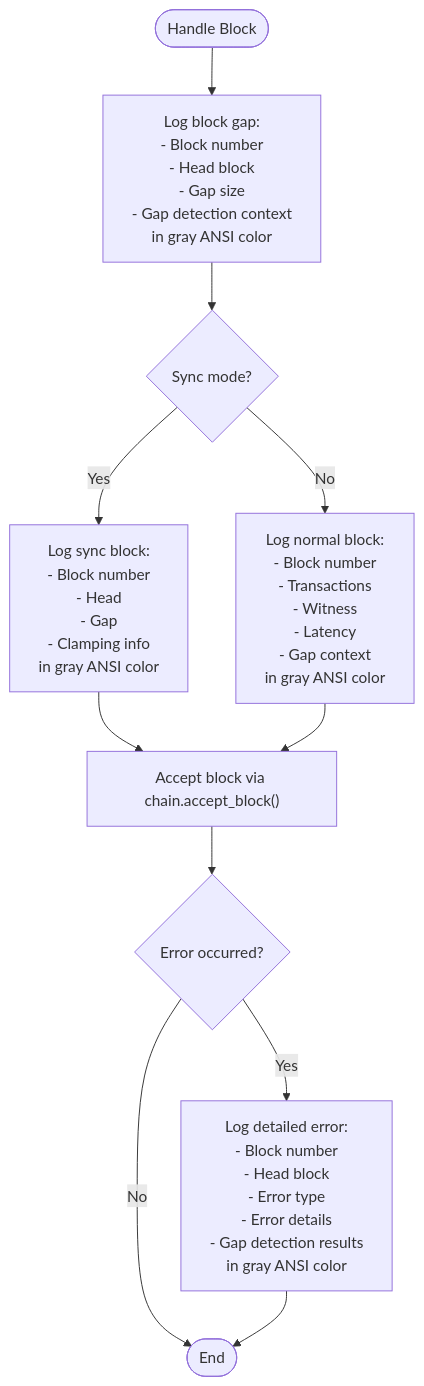
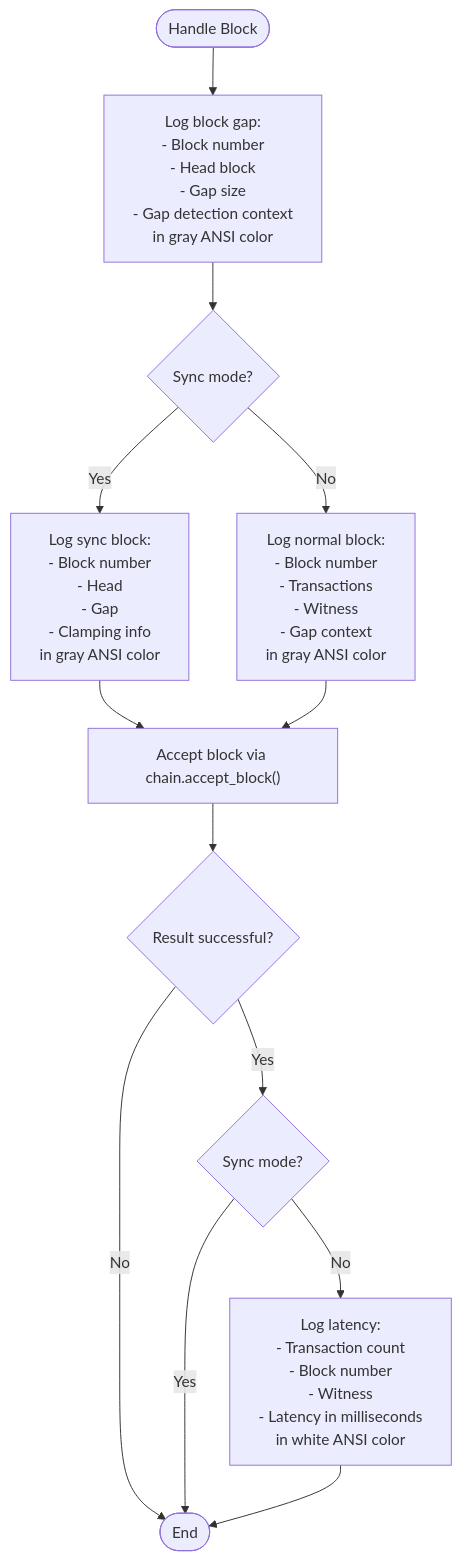
Before and after one commit to VIZ-Blockchain/viz-cpp-node: diagram 22 of 37 in .qoder/repowiki/en/content/P2p Plugin.md, drawn with Mermaid. The commit also changed other lines of this file and 5 other files, not shown here.

````diff
--- a/.qoder/repowiki/en/content/P2p Plugin.md
+++ b/.qoder/repowiki/en/content/P2p Plugin.md
@@ -868,13 +876,15 @@
 ```mermaid
 flowchart TD
 Start([Handle Block]) --> LogGap["Log block gap:<br/>- Block number<br/>- Head block<br/>- Gap size<br/>- Gap detection context<br/>in gray ANSI color"]
 LogGap --> CheckSyncMode{"Sync mode?"}
 CheckSyncMode --> |Yes| LogSync["Log sync block:<br/>- Block number<br/>- Head<br/>- Gap<br/>- Clamping info<br/>in gray ANSI color"]
-CheckSyncMode --> |No| LogNormal["Log normal block:<br/>- Block number<br/>- Transactions<br/>- Witness<br/>- Latency<br/>- Gap context<br/>in gray ANSI color"]
+CheckSyncMode --> |No| LogNormal["Log normal block:<br/>- Block number<br/>- Transactions<br/>- Witness<br/>- Gap context<br/>in gray ANSI color"]
 LogSync --> AcceptBlock["Accept block via chain.accept_block()"]
 LogNormal --> AcceptBlock
-AcceptBlock --> HandleErrors{"Error occurred?"}
-HandleErrors --> |No| End([End])
-HandleErrors --> |Yes| LogError["Log detailed error:<br/>- Block number<br/>- Head block<br/>- Error type<br/>- Error details<br/>- Gap detection results<br/>in gray ANSI color"]
-LogError --> End
+AcceptBlock --> CheckResult{"Result successful?"}
+CheckResult --> |No| End([End])
+CheckResult --> |Yes| CheckSyncMode2{"Sync mode?"}
+CheckSyncMode2 --> |Yes| End
+CheckSyncMode2 --> |No| LogLatency["Log latency:<br/>- Transaction count<br/>- Block number<br/>- Witness<br/>- Latency in milliseconds<br/>in white ANSI color"]
+LogLatency --> End([End])
 ```
````
